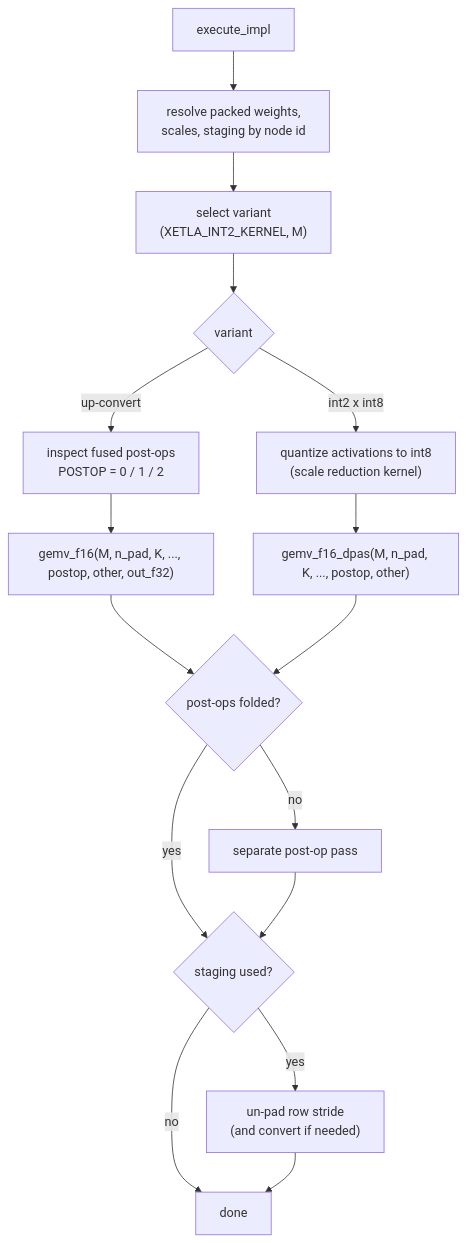
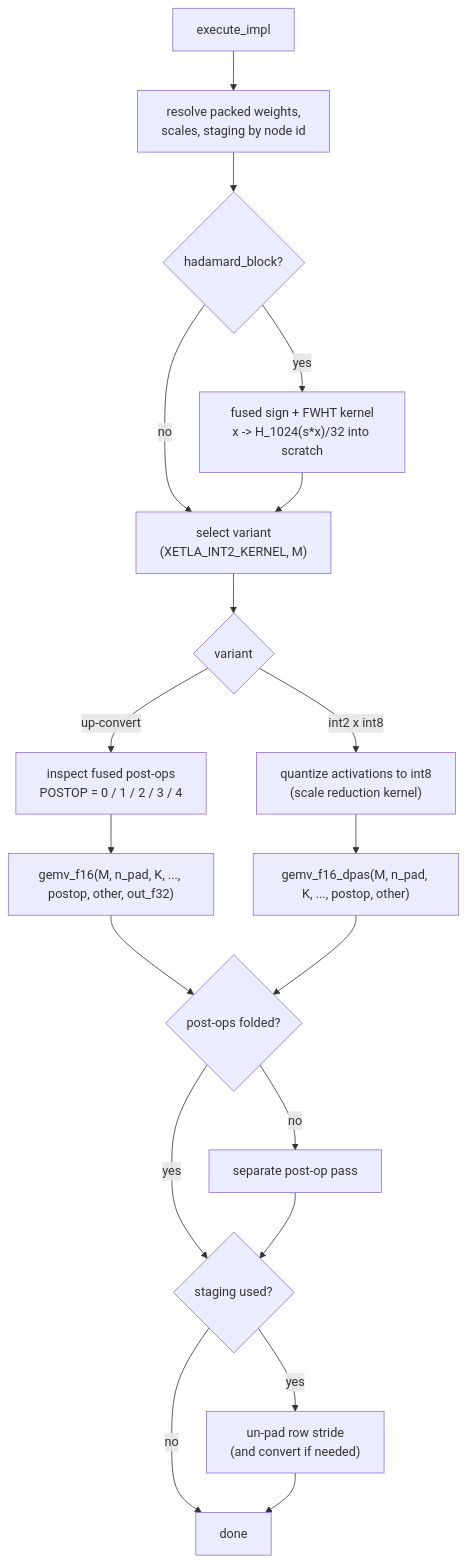
Before and after one commit to libxsmm/openvino_ternary_support: the diagram in src/plugins/intel_gpu/docs/xetla_int2_architecture.md, drawn with Mermaid. The commit also changed other lines of this file and 2 other files, not shown here.

First line of the commit message:
[GPU] Docs: Bonsai 2 27B from-scratch guide; architecture doc brought up to date

````diff
--- a/src/plugins/intel_gpu/docs/xetla_int2_architecture.md
+++ b/src/plugins/intel_gpu/docs/xetla_int2_architecture.md
@@ -149,18 +170,21 @@
 ```mermaid
 flowchart TD
     A["execute_impl"] --> B["resolve packed weights,<br/>scales, staging by node id"]
-    B --> C["select variant<br/>(XETLA_INT2_KERNEL, M)"]
+    B --> B2{"hadamard_block?"}
+    B2 -->|yes| B3["fused sign + FWHT kernel<br/>x -> H_1024(s*x)/32 into scratch"]
+    B2 -->|no| C
+    B3 --> C["select variant<br/>(XETLA_INT2_KERNEL, M)"]
     C --> D{"variant"}
-    D -->|"up-convert"| E["inspect fused post-ops<br/>POSTOP = 0 / 1 / 2"]
+    D -->|"up-convert"| E["inspect fused post-ops<br/>POSTOP = 0 / 1 / 2 / 3 / 4"]
     D -->|"int2 x int8"| F["quantize activations to int8<br/>(scale reduction kernel)"]
     E --> G["gemv_f16(M, n_pad, K, ..., postop, other, out_f32)"]
     F --> H["gemv_f16_dpas(M, n_pad, K, ..., postop, other)"]
     G --> I{"post-ops folded?"}
     H --> I
     I -->|no| J["separate post-op pass"]
     I -->|yes| K{"staging used?"}
     J --> K
     K -->|yes| L["un-pad row stride<br/>(and convert if needed)"]
     K -->|no| M["done"]
     L --> M
 ```
````
